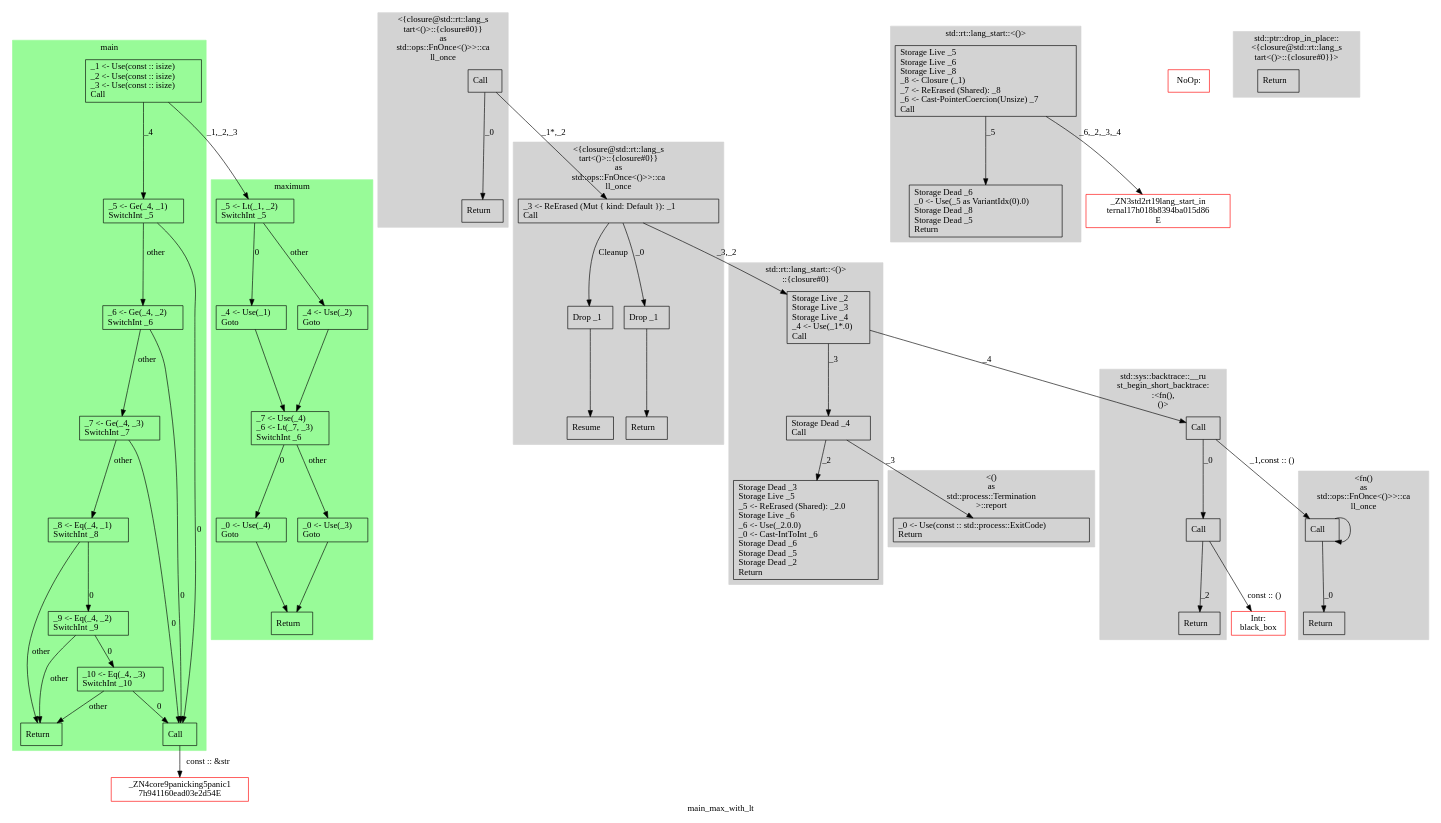
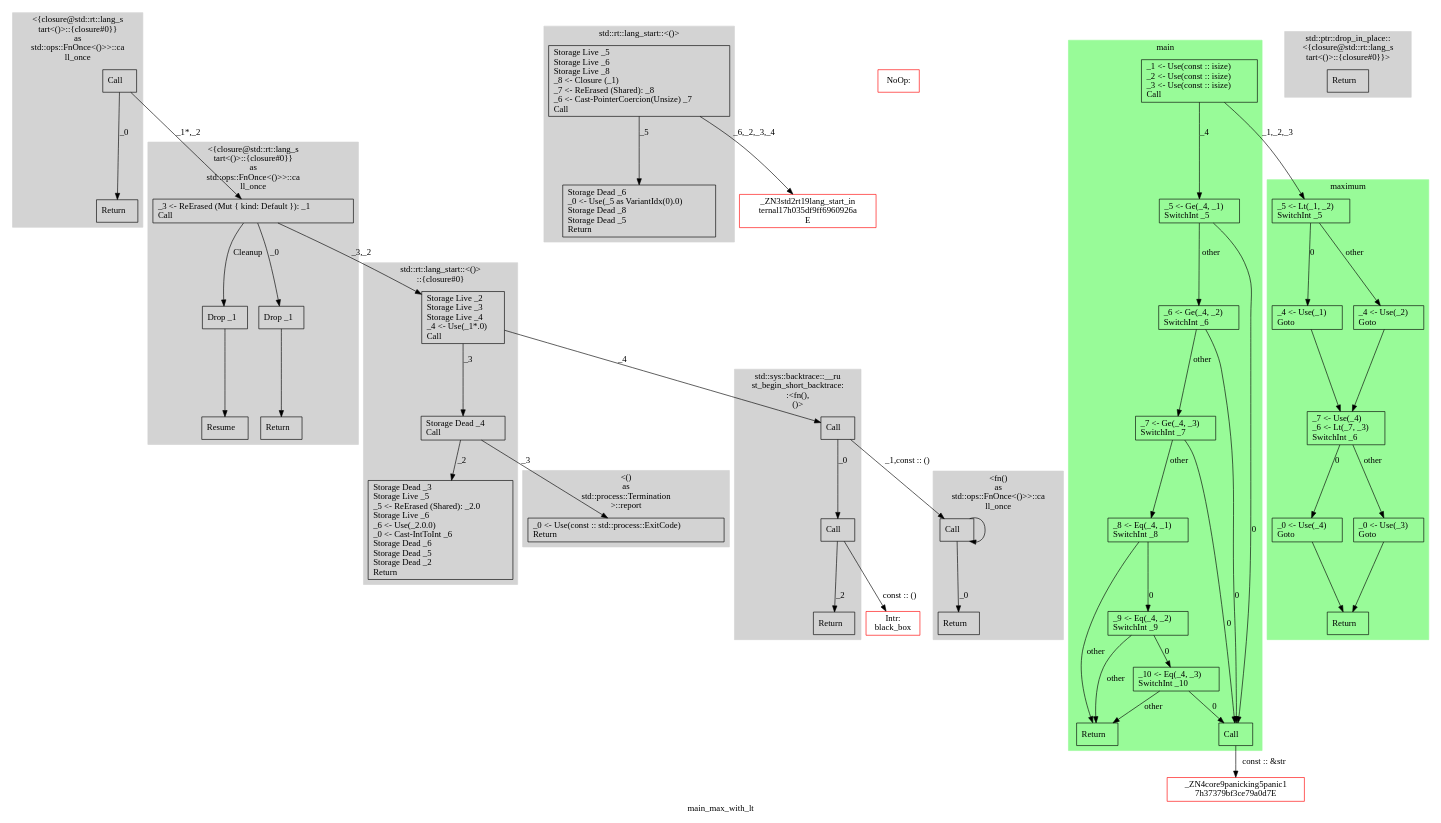
The diagram in scratch/maximum-proof/main-max-with-lt.smir.dot (runtimeverification/mir-semantics), drawn with Graphviz before and after one commit. The commit also changed 25 other files, not shown here.

```diff
--- a/scratch/maximum-proof/main-max-with-lt.smir.dot
+++ b/scratch/maximum-proof/main-max-with-lt.smir.dot
@@ -1,135 +1,135 @@
 digraph {
   label="main_max_with_lt";
   node [shape=rectangle];
-  Xac08878333d72e42_0 [label="_ZN4core9panicking5panic1\n7h941160ead03e2d54E", color=red];
   X3c6542d96320ad67_0 [label="Intr: \nblack_box", color=red];
-  Xc987e5ecea6cc82b_0 [label="_ZN3std2rt19lang_start_in\nternal17h018b8394ba015d86\nE", color=red];
+  X5eb86185c1cf8f06_0 [label="_ZN3std2rt19lang_start_in\nternal17h035df9ff6960926a\nE", color=red];
   X8b0ac2e54b9a91_0 [label="NoOp: ", color=red];
+  X210a8e5fe9313c81_0 [label="_ZN4core9panicking5panic1\n7h37379bf3ce79a0d7E", color=red];
   subgraph cluster_0 {
-    label="<fn() \nas \nstd::ops::FnOnce<()>>::ca\nll_once";
-    style="filled";
-    color=lightgray;
-    X5153bc83e282e268_0 -> X5153bc83e282e268_1 [label="_0"];
-    X5153bc83e282e268_0 [label="Call\l"];
-    X5153bc83e282e268_1 [label="Return\l"];
-  }
-  X5153bc83e282e268_0 -> X5153bc83e282e268_0: _1 [label=""];
-  subgraph cluster_1 {
-    label="std::rt::lang_start::<()>";
-    style="filled";
-    color=lightgray;
-    X88af70ac7219a434_0 -> X88af70ac7219a434_1 [label="_5"];
-    X88af70ac7219a434_0 [label="Storage Live _5\lStorage Live _6\lStorage Live _8\l_8 <- Closure (_1)\l_7 <- ReErased (Shared): _8\l_6 <- Cast-PointerCoercion(Unsize) _7\lCall\l"];
-    X88af70ac7219a434_1 [label="Storage Dead _6\l_0 <- Use(_5 as VariantIdx(0).0)\lStorage Dead _8\lStorage Dead _5\lReturn\l"];
-  }
-  X88af70ac7219a434_0 -> Xc987e5ecea6cc82b_0 [label="_6,_2,_3,_4"];
-  subgraph cluster_2 {
     label="std::rt::lang_start::<()>\n::{closure#0}";
     style="filled";
     color=lightgray;
-    Xf1c2e3e2362b71b1_0 -> Xf1c2e3e2362b71b1_1 [label="_3"];
-    Xf1c2e3e2362b71b1_0 [label="Storage Live _2\lStorage Live _3\lStorage Live _4\l_4 <- Use(_1*.0)\lCall\l"];
-    Xf1c2e3e2362b71b1_1 -> Xf1c2e3e2362b71b1_2 [label="_2"];
-    Xf1c2e3e2362b71b1_1 [label="Storage Dead _4\lCall\l"];
-    Xf1c2e3e2362b71b1_2 [label="Storage Dead _3\lStorage Live _5\l_5 <- ReErased (Shared): _2.0\lStorage Live _6\l_6 <- Use(_2.0.0)\l_0 <- Cast-IntToInt _6\lStorage Dead _6\lStorage Dead _5\lStorage Dead _2\lReturn\l"];
+    Xb022926f55be7915_0 -> Xb022926f55be7915_1 [label="_3"];
+    Xb022926f55be7915_0 [label="Storage Live _2\lStorage Live _3\lStorage Live _4\l_4 <- Use(_1*.0)\lCall\l"];
+    Xb022926f55be7915_1 -> Xb022926f55be7915_2 [label="_2"];
+    Xb022926f55be7915_1 [label="Storage Dead _4\lCall\l"];
+    Xb022926f55be7915_2 [label="Storage Dead _3\lStorage Live _5\l_5 <- ReErased (Shared): _2.0\lStorage Live _6\l_6 <- Use(_2.0.0)\l_0 <- Cast-IntToInt _6\lStorage Dead _6\lStorage Dead _5\lStorage Dead _2\lReturn\l"];
   }
-  Xf1c2e3e2362b71b1_0 -> X83f8b52e3f0ef4c5_0 [label="_4"];
-  Xf1c2e3e2362b71b1_1 -> X5c233e009f84aa6c_0 [label="_3"];
-  subgraph cluster_3 {
+  Xb022926f55be7915_0 -> X86cc23a99438eb2_0 [label="_4"];
+  Xb022926f55be7915_1 -> X20f17eb946604891_0 [label="_3"];
+  subgraph cluster_1 {
     label="<() \nas \nstd::process::Termination\n>::report";
     style="filled";
     color=lightgray;
-    X5c233e009f84aa6c_0 [label="_0 <- Use(const :: std::process::ExitCode)\lReturn\l"];
+    X20f17eb946604891_0 [label="_0 <- Use(const :: std::process::ExitCode)\lReturn\l"];
   }
-  subgraph cluster_4 {
+  subgraph cluster_2 {
     label="<{closure@std::rt::lang_s\ntart<()>::{closure#0}} \nas \nstd::ops::FnOnce<()>>::ca\nll_once";
     style="filled";
     color=lightgray;
-    X58ae416f9afa06ac_0 -> X58ae416f9afa06ac_3 [label="Cleanup"];
-    X58ae416f9afa06ac_0 -> X58ae416f9afa06ac_1 [label="_0"];
-    X58ae416f9afa06ac_0 [label="_3 <- ReErased (Mut { kind: Default }): _1\lCall\l"];
-    X58ae416f9afa06ac_1 -> X58ae416f9afa06ac_2;
-    X58ae416f9afa06ac_1 [label="Drop _1\l"];
-    X58ae416f9afa06ac_2 [label="Return\l"];
-    X58ae416f9afa06ac_3 -> X58ae416f9afa06ac_4;
-    X58ae416f9afa06ac_3 [label="Drop _1\l"];
-    X58ae416f9afa06ac_4 [label="Resume\l"];
+    Xda86ab50b6674bf3_0 -> Xda86ab50b6674bf3_3 [label="Cleanup"];
+    Xda86ab50b6674bf3_0 -> Xda86ab50b6674bf3_1 [label="_0"];
+    Xda86ab50b6674bf3_0 [label="_3 <- ReErased (Mut { kind: Default }): _1\lCall\l"];
+    Xda86ab50b6674bf3_1 -> Xda86ab50b6674bf3_2;
+    Xda86ab50b6674bf3_1 [label="Drop _1\l"];
+    Xda86ab50b6674bf3_2 [label="Return\l"];
+    Xda86ab50b6674bf3_3 -> Xda86ab50b6674bf3_4;
+    Xda86ab50b6674bf3_3 [label="Drop _1\l"];
+    Xda86ab50b6674bf3_4 [label="Resume\l"];
   }
-  X58ae416f9afa06ac_0 -> Xf1c2e3e2362b71b1_0 [label="_3,_2"];
-  subgraph cluster_5 {
-    label="std::ptr::drop_in_place::\n<{closure@std::rt::lang_s\ntart<()>::{closure#0}}>";
-    style="filled";
-    color=lightgray;
-    Xefb68cd7a0d5be14_0 [label="Return\l"];
-  }
-  subgraph cluster_6 {
-    label="<{closure@std::rt::lang_s\ntart<()>::{closure#0}} \nas \nstd::ops::FnOnce<()>>::ca\nll_once";
-    style="filled";
-    color=lightgray;
-    X2aeea2bef42114da_0 -> X2aeea2bef42114da_1 [label="_0"];
-    X2aeea2bef42114da_0 [label="Call\l"];
-    X2aeea2bef42114da_1 [label="Return\l"];
-  }
-  X2aeea2bef42114da_0 -> X58ae416f9afa06ac_0 [label="_1*,_2"];
-  subgraph cluster_7 {
-    label="maximum";
-    style="filled";
-    color=palegreen;
-    X527779074a5fd21e_0 -> X527779074a5fd21e_2 [label="0"];
-    X527779074a5fd21e_0 -> X527779074a5fd21e_1 [label="other"];
-    X527779074a5fd21e_0 [label="_5 <- Lt(_1, _2)\lSwitchInt _5\l"];
-    X527779074a5fd21e_1 -> X527779074a5fd21e_3;
-    X527779074a5fd21e_1 [label="_4 <- Use(_2)\lGoto\l"];
-    X527779074a5fd21e_2 -> X527779074a5fd21e_3;
-    X527779074a5fd21e_2 [label="_4 <- Use(_1)\lGoto\l"];
-    X527779074a5fd21e_3 -> X527779074a5fd21e_5 [label="0"];
-    X527779074a5fd21e_3 -> X527779074a5fd21e_4 [label="other"];
-    X527779074a5fd21e_3 [label="_7 <- Use(_4)\l_6 <- Lt(_7, _3)\lSwitchInt _6\l"];
-    X527779074a5fd21e_4 -> X527779074a5fd21e_6;
-    X527779074a5fd21e_4 [label="_0 <- Use(_3)\lGoto\l"];
-    X527779074a5fd21e_5 -> X527779074a5fd21e_6;
-    X527779074a5fd21e_5 [label="_0 <- Use(_4)\lGoto\l"];
-    X527779074a5fd21e_6 [label="Return\l"];
-  }
-  subgraph cluster_8 {
-    label="std::sys::backtrace::__ru\nst_begin_short_backtrace:\n:<fn(), \n()>";
-    style="filled";
-    color=lightgray;
-    X83f8b52e3f0ef4c5_0 -> X83f8b52e3f0ef4c5_1 [label="_0"];
-    X83f8b52e3f0ef4c5_0 [label="Call\l"];
-    X83f8b52e3f0ef4c5_1 -> X83f8b52e3f0ef4c5_2 [label="_2"];
-    X83f8b52e3f0ef4c5_1 [label="Call\l"];
-    X83f8b52e3f0ef4c5_2 [label="Return\l"];
-  }
-  X83f8b52e3f0ef4c5_0 -> X5153bc83e282e268_0 [label="_1,const :: ()"];
-  X83f8b52e3f0ef4c5_1 -> X3c6542d96320ad67_0 [label="const :: ()"];
-  subgraph cluster_9 {
+  Xda86ab50b6674bf3_0 -> Xb022926f55be7915_0 [label="_3,_2"];
+  subgraph cluster_3 {
     label="main";
     style="filled";
     color=palegreen;
     X37252ea5c5b3ce2a_0 -> X37252ea5c5b3ce2a_1 [label="_4"];
     X37252ea5c5b3ce2a_0 [label="_1 <- Use(const :: isize)\l_2 <- Use(const :: isize)\l_3 <- Use(const :: isize)\lCall\l"];
     X37252ea5c5b3ce2a_1 -> X37252ea5c5b3ce2a_7 [label="0"];
     X37252ea5c5b3ce2a_1 -> X37252ea5c5b3ce2a_2 [label="other"];
     X37252ea5c5b3ce2a_1 [label="_5 <- Ge(_4, _1)\lSwitchInt _5\l"];
     X37252ea5c5b3ce2a_2 -> X37252ea5c5b3ce2a_7 [label="0"];
     X37252ea5c5b3ce2a_2 -> X37252ea5c5b3ce2a_3 [label="other"];
     X37252ea5c5b3ce2a_2 [label="_6 <- Ge(_4, _2)\lSwitchInt _6\l"];
     X37252ea5c5b3ce2a_3 -> X37252ea5c5b3ce2a_7 [label="0"];
     X37252ea5c5b3ce2a_3 -> X37252ea5c5b3ce2a_4 [label="other"];
     X37252ea5c5b3ce2a_3 [label="_7 <- Ge(_4, _3)\lSwitchInt _7\l"];
     X37252ea5c5b3ce2a_4 -> X37252ea5c5b3ce2a_5 [label="0"];
     X37252ea5c5b3ce2a_4 -> X37252ea5c5b3ce2a_8 [label="other"];
     X37252ea5c5b3ce2a_4 [label="_8 <- Eq(_4, _1)\lSwitchInt _8\l"];
     X37252ea5c5b3ce2a_5 -> X37252ea5c5b3ce2a_6 [label="0"];
     X37252ea5c5b3ce2a_5 -> X37252ea5c5b3ce2a_8 [label="other"];
     X37252ea5c5b3ce2a_5 [label="_9 <- Eq(_4, _2)\lSwitchInt _9\l"];
     X37252ea5c5b3ce2a_6 -> X37252ea5c5b3ce2a_7 [label="0"];
     X37252ea5c5b3ce2a_6 -> X37252ea5c5b3ce2a_8 [label="other"];
     X37252ea5c5b3ce2a_6 [label="_10 <- Eq(_4, _3)\lSwitchInt _10\l"];
     X37252ea5c5b3ce2a_7 [label="Call\l"];
     X37252ea5c5b3ce2a_8 [label="Return\l"];
   }
   X37252ea5c5b3ce2a_0 -> X527779074a5fd21e_0 [label="_1,_2,_3"];
-  X37252ea5c5b3ce2a_7 -> Xac08878333d72e42_0 [label="const :: &str"];
+  X37252ea5c5b3ce2a_7 -> X210a8e5fe9313c81_0 [label="const :: &str"];
+  subgraph cluster_4 {
+    label="std::sys::backtrace::__ru\nst_begin_short_backtrace:\n:<fn(), \n()>";
+    style="filled";
+    color=lightgray;
+    X86cc23a99438eb2_0 -> X86cc23a99438eb2_1 [label="_0"];
+    X86cc23a99438eb2_0 [label="Call\l"];
+    X86cc23a99438eb2_1 -> X86cc23a99438eb2_2 [label="_2"];
+    X86cc23a99438eb2_1 [label="Call\l"];
+    X86cc23a99438eb2_2 [label="Return\l"];
+  }
+  X86cc23a99438eb2_0 -> X2a67ec2487cf8e32_0 [label="_1,const :: ()"];
+  X86cc23a99438eb2_1 -> X3c6542d96320ad67_0 [label="const :: ()"];
+  subgraph cluster_5 {
+    label="maximum";
+    style="filled";
+    color=palegreen;
+    X527779074a5fd21e_0 -> X527779074a5fd21e_2 [label="0"];
+    X527779074a5fd21e_0 -> X527779074a5fd21e_1 [label="other"];
+    X527779074a5fd21e_0 [label="_5 <- Lt(_1, _2)\lSwitchInt _5\l"];
+    X527779074a5fd21e_1 -> X527779074a5fd21e_3;
+    X527779074a5fd21e_1 [label="_4 <- Use(_2)\lGoto\l"];
+    X527779074a5fd21e_2 -> X527779074a5fd21e_3;
+    X527779074a5fd21e_2 [label="_4 <- Use(_1)\lGoto\l"];
+    X527779074a5fd21e_3 -> X527779074a5fd21e_5 [label="0"];
+    X527779074a5fd21e_3 -> X527779074a5fd21e_4 [label="other"];
+    X527779074a5fd21e_3 [label="_7 <- Use(_4)\l_6 <- Lt(_7, _3)\lSwitchInt _6\l"];
+    X527779074a5fd21e_4 -> X527779074a5fd21e_6;
+    X527779074a5fd21e_4 [label="_0 <- Use(_3)\lGoto\l"];
+    X527779074a5fd21e_5 -> X527779074a5fd21e_6;
+    X527779074a5fd21e_5 [label="_0 <- Use(_4)\lGoto\l"];
+    X527779074a5fd21e_6 [label="Return\l"];
+  }
+  subgraph cluster_6 {
+    label="<{closure@std::rt::lang_s\ntart<()>::{closure#0}} \nas \nstd::ops::FnOnce<()>>::ca\nll_once";
+    style="filled";
+    color=lightgray;
+    X34679ac96970715e_0 -> X34679ac96970715e_1 [label="_0"];
+    X34679ac96970715e_0 [label="Call\l"];
+    X34679ac96970715e_1 [label="Return\l"];
+  }
+  X34679ac96970715e_0 -> Xda86ab50b6674bf3_0 [label="_1*,_2"];
+  subgraph cluster_7 {
+    label="std::ptr::drop_in_place::\n<{closure@std::rt::lang_s\ntart<()>::{closure#0}}>";
+    style="filled";
+    color=lightgray;
+    Xb149796b83f1b2e4_0 [label="Return\l"];
+  }
+  subgraph cluster_8 {
+    label="std::rt::lang_start::<()>";
+    style="filled";
+    color=lightgray;
+    Xc8323e8e5ef1862e_0 -> Xc8323e8e5ef1862e_1 [label="_5"];
+    Xc8323e8e5ef1862e_0 [label="Storage Live _5\lStorage Live _6\lStorage Live _8\l_8 <- Closure (_1)\l_7 <- ReErased (Shared): _8\l_6 <- Cast-PointerCoercion(Unsize) _7\lCall\l"];
+    Xc8323e8e5ef1862e_1 [label="Storage Dead _6\l_0 <- Use(_5 as VariantIdx(0).0)\lStorage Dead _8\lStorage Dead _5\lReturn\l"];
+  }
+  Xc8323e8e5ef1862e_0 -> X5eb86185c1cf8f06_0 [label="_6,_2,_3,_4"];
+  subgraph cluster_9 {
+    label="<fn() \nas \nstd::ops::FnOnce<()>>::ca\nll_once";
+    style="filled";
+    color=lightgray;
+    X2a67ec2487cf8e32_0 -> X2a67ec2487cf8e32_1 [label="_0"];
+    X2a67ec2487cf8e32_0 [label="Call\l"];
+    X2a67ec2487cf8e32_1 [label="Return\l"];
+  }
+  X2a67ec2487cf8e32_0 -> X2a67ec2487cf8e32_0: _1 [label=""];
 }
```
